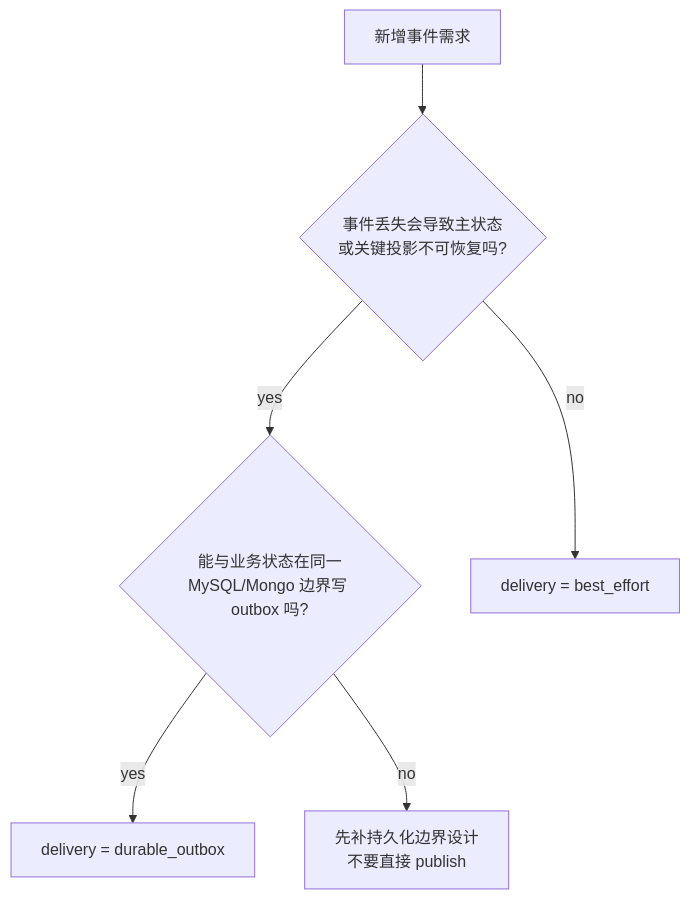
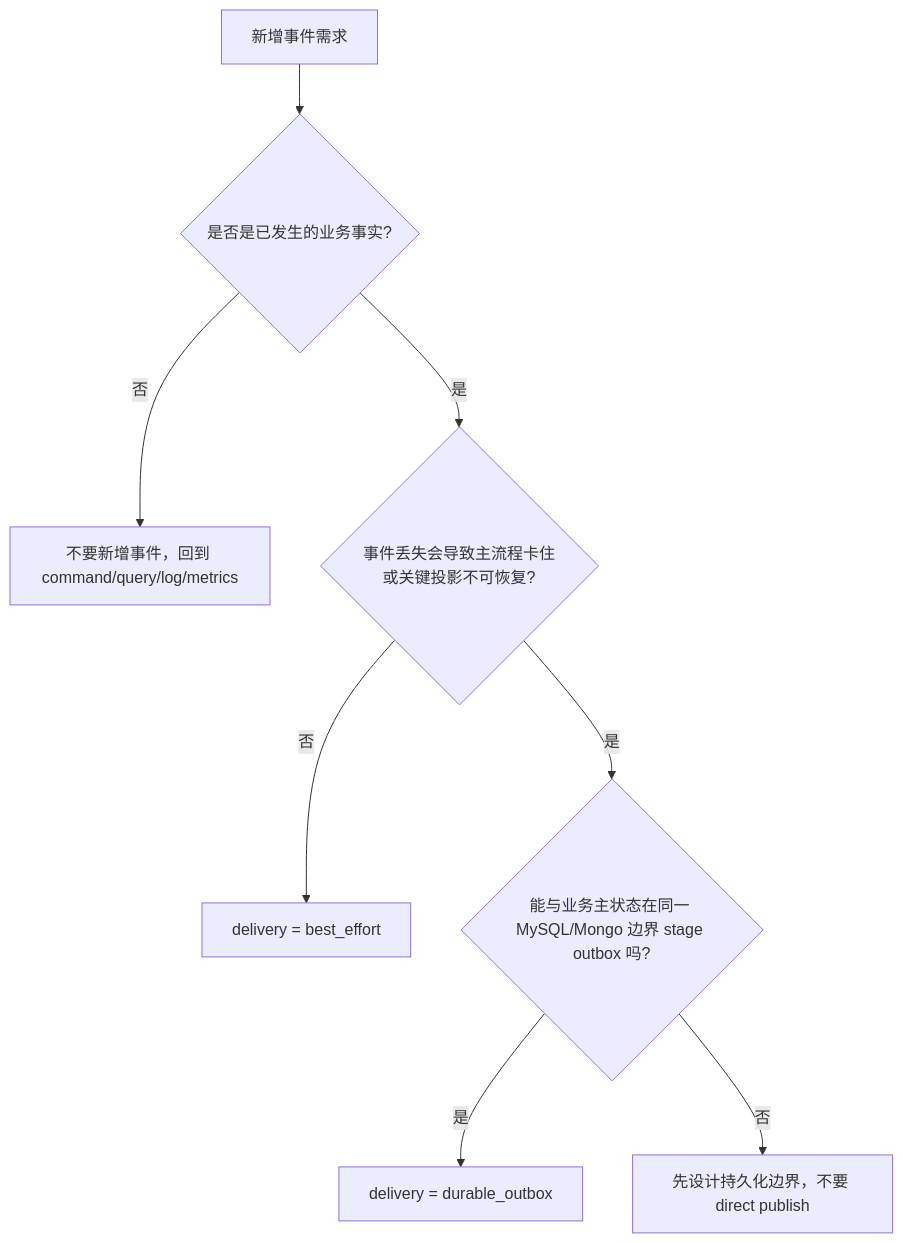
Before and after one commit to FangcunMount/qs-server: the diagram in docs/03-基础设施/event/04-新增事件SOP.md, drawn with Mermaid. The commit also changed other lines of this file and 9 other files, not shown here.

````diff
--- a/docs/03-基础设施/event/04-新增事件SOP.md
+++ b/docs/03-基础设施/event/04-新增事件SOP.md
@@ -17,15 +100,10 @@
 ```mermaid
 flowchart TD
-    start["新增事件需求"]
-    critical{"事件丢失会导致主状态<br/>或关键投影不可恢复吗?"}
-    sameTx{"能与业务状态在同一<br/>MySQL/Mongo 边界写 outbox 吗?"}
-    durable["delivery = durable_outbox"]
-    best["delivery = best_effort"]
-    reject["先补持久化边界设计<br/>不要直接 publish"]
-
-    start --> critical
-    critical -->|no| best
-    critical -->|yes| sameTx
-    sameTx -->|yes| durable
-    sameTx -->|no| reject
+    start["新增事件需求"] --> fact{"是否是已发生的业务事实?"}
+    fact -- 否 --> notEvent["不要新增事件，回到 command/query/log/metrics"]
+    fact -- 是 --> critical{"事件丢失会导致主流程卡住或关键投影不可恢复?"}
+    critical -- 否 --> best["delivery = best_effort"]
+    critical -- 是 --> tx{"能与业务主状态在同一 MySQL/Mongo 边界 stage outbox 吗?"}
+    tx -- 是 --> durable["delivery = durable_outbox"]
+    tx -- 否 --> redesign["先设计持久化边界，不要 direct publish"]
 ```
````
